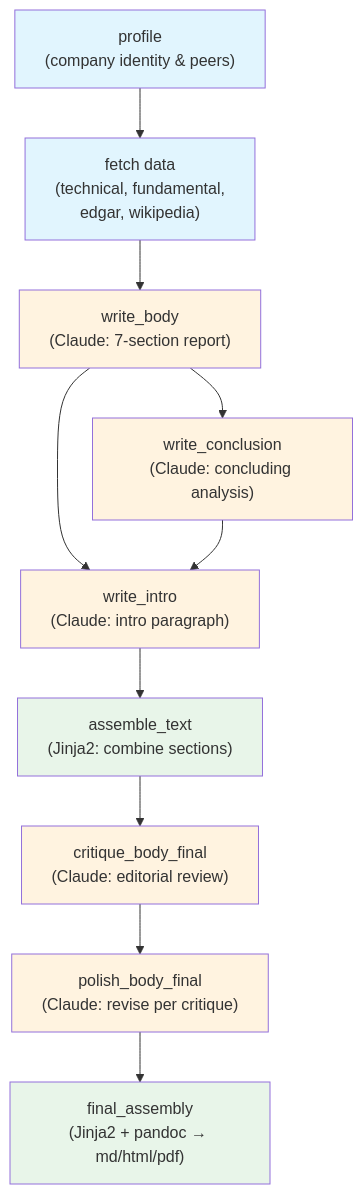
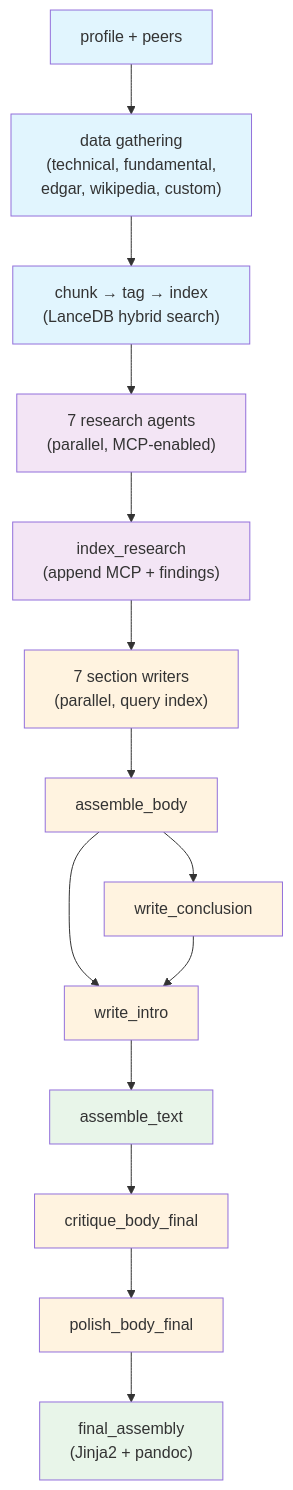
Before and after one commit to druce/sra: the diagram in README.md, drawn with Mermaid. The commit also changed other lines of this file and 16 other files, not shown here.

````diff
--- a/README.md
+++ b/README.md
@@ -13,32 +13,44 @@
 ```mermaid
 flowchart TD
-    profile["profile\n(company identity & peers)"]
-    fetch["fetch data\n(technical, fundamental,\nedgar, wikipedia)"]
-    write_body["write_body\n(Claude: 7-section report)"]
-    write_conclusion["write_conclusion\n(Claude: concluding analysis)"]
-    write_intro["write_intro\n(Claude: intro paragraph)"]
-    assemble["assemble_text\n(Jinja2: combine sections)"]
-    critique["critique_body_final\n(Claude: editorial review)"]
-    polish["polish_body_final\n(Claude: revise per critique)"]
-    final["final_assembly\n(Jinja2 + pandoc → md/html/pdf)"]
+    profile["profile + peers"]
+    fetch["data gathering\n(technical, fundamental,\nedgar, wikipedia, custom)"]
+    chunk["chunk → tag → index\n(LanceDB hybrid search)"]
+    research["7 research agents\n(parallel, MCP-enabled)"]
+    index_research["index_research\n(append MCP + findings)"]
+    writers["7 section writers\n(parallel, query index)"]
+    assemble_body["assemble_body"]
+    write_conclusion["write_conclusion"]
+    write_intro["write_intro"]
+    assemble["assemble_text"]
+    critique["critique_body_final"]
+    polish["polish_body_final"]
+    final["final_assembly\n(Jinja2 + pandoc)"]
 
     profile --> fetch
-    fetch --> write_body
-    write_body --> write_conclusion
-    write_body --> write_intro
+    fetch --> chunk
+    chunk --> research
+    research --> index_research
+    index_research --> writers
+    writers --> assemble_body
+    assemble_body --> write_conclusion
+    assemble_body --> write_intro
     write_conclusion --> write_intro
     write_intro --> assemble
     assemble --> critique
     critique --> polish
     polish --> final
 
     style profile fill:#e1f5fe
     style fetch fill:#e1f5fe
-    style write_body fill:#fff3e0
+    style chunk fill:#e1f5fe
+    style research fill:#f3e5f5
+    style index_research fill:#f3e5f5
+    style writers fill:#fff3e0
+    style assemble_body fill:#fff3e0
     style write_conclusion fill:#fff3e0
     style write_intro fill:#fff3e0
     style critique fill:#fff3e0
     style polish fill:#fff3e0
     style assemble fill:#e8f5e9
     style final fill:#e8f5e9
 ```
````
